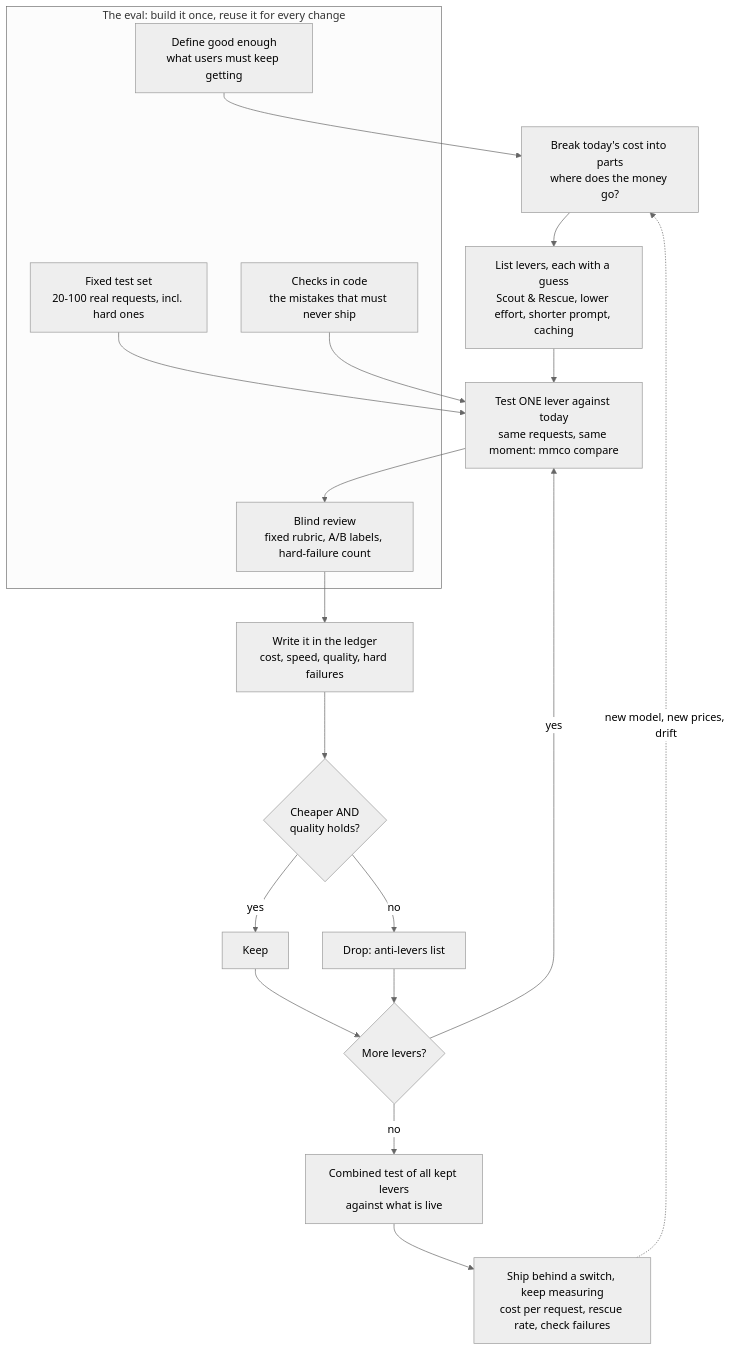
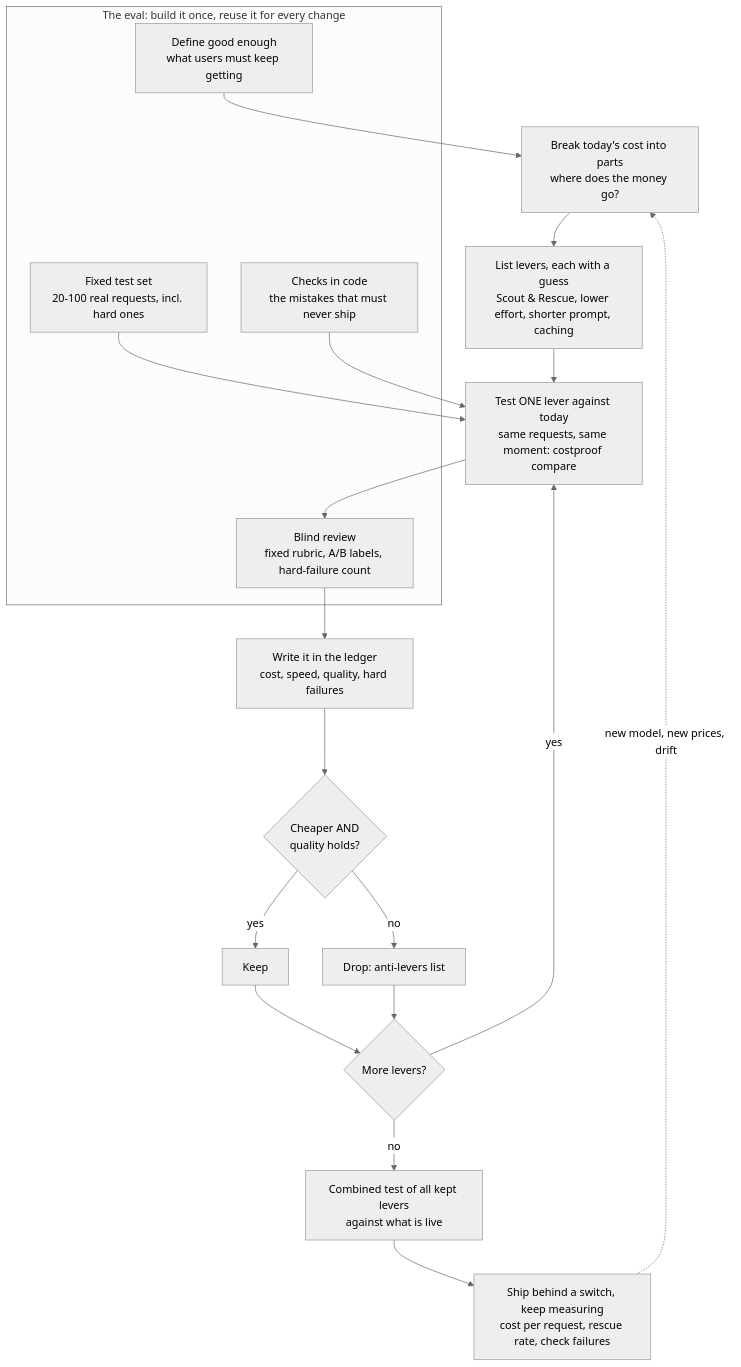
Before and after one commit to AndyJakob78/valueproof: the diagram in docs/method.md, drawn with Mermaid (neutral theme). The commit also changed other lines of this file and 25 other files, not shown here.

First line of the commit message:
Rename to costproof (v0.4.0): one name to install, import and run

````diff
--- a/docs/method.md
+++ b/docs/method.md
@@ -11,28 +11,28 @@
 ```mermaid
 flowchart TD
     subgraph EVAL["The eval: build it once, reuse it for every change"]
         E0["Define good enough<br/>what users must keep getting"]
         E1["Fixed test set<br/>20-100 real requests, incl. hard ones"]
         E2["Checks in code<br/>the mistakes that must never ship"]
         E3["Blind review<br/>fixed rubric, A/B labels, hard-failure count"]
     end
     C["Break today's cost into parts<br/>where does the money go?"]
     L["List levers, each with a guess<br/>Scout & Rescue, lower effort, shorter prompt, caching"]
-    T["Test ONE lever against today<br/>same requests, same moment: mmco compare"]
+    T["Test ONE lever against today<br/>same requests, same moment: costproof compare"]
     LG["Write it in the ledger<br/>cost, speed, quality, hard failures"]
     D{"Cheaper AND<br/>quality holds?"}
     K["Keep"]
     X["Drop: anti-levers list"]
     M{"More levers?"}
     CT["Combined test of all kept levers<br/>against what is live"]
     S["Ship behind a switch, keep measuring<br/>cost per request, rescue rate, check failures"]
     E0 --> C --> L --> T
     E1 --> T
     E2 --> T
     T --> E3 --> LG --> D
     D -- yes --> K --> M
     D -- no --> X --> M
     M -- yes --> T
     M -- no --> CT --> S
     S -. "new model, new prices, drift" .-> C
 ```
````
